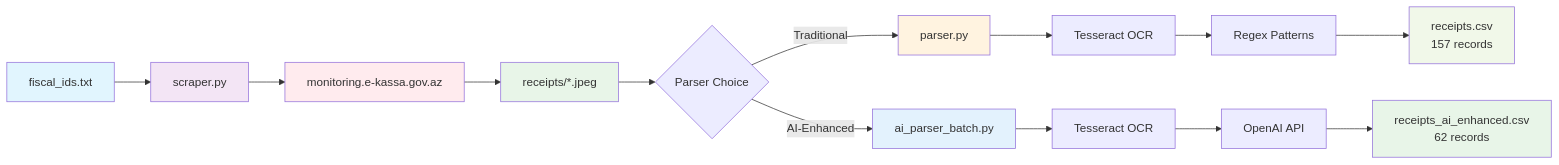
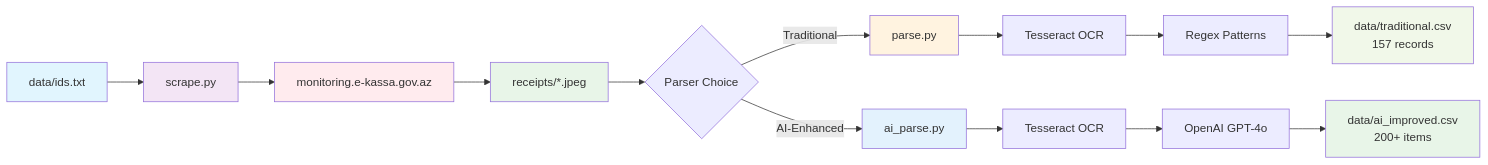
The second of 8 diagrams in README.md (scraper-bots/receipt_data), drawn with Mermaid before and after one commit. The commit also changed other lines of this file and 1 other file, not shown here.

Commit message:
ai parser

````diff
--- a/README.md
+++ b/README.md
@@ -72,24 +80,24 @@
 ```mermaid
 flowchart LR
-    A[fiscal_ids.txt] --> B[scraper.py]
+    A[data/ids.txt] --> B[scrape.py]
     B --> C[monitoring.e-kassa.gov.az]
     C --> D[receipts/*.jpeg]
     D --> E{Parser Choice}
-    E -->|Traditional| F[parser.py]
-    E -->|AI-Enhanced| G[ai_parser_batch.py]
+    E -->|Traditional| F[parse.py]
+    E -->|AI-Enhanced| G[ai_parse.py]
     F --> H[Tesseract OCR]
     G --> I[Tesseract OCR]
     H --> J[Regex Patterns]
-    I --> K[OpenAI API]
-    J --> L[receipts.csv<br/>157 records]
-    K --> M[receipts_ai_enhanced.csv<br/>62 records]
+    I --> K[OpenAI GPT-4o]
+    J --> L[data/traditional.csv<br/>157 records]
+    K --> M[data/ai_improved.csv<br/>200+ items]
     
     style A fill:#e1f5fe
     style B fill:#f3e5f5
     style C fill:#ffebee
     style D fill:#e8f5e8
     style F fill:#fff3e0
     style G fill:#e3f2fd
     style L fill:#f1f8e9
     style M fill:#e8f5e8
 ```
````
